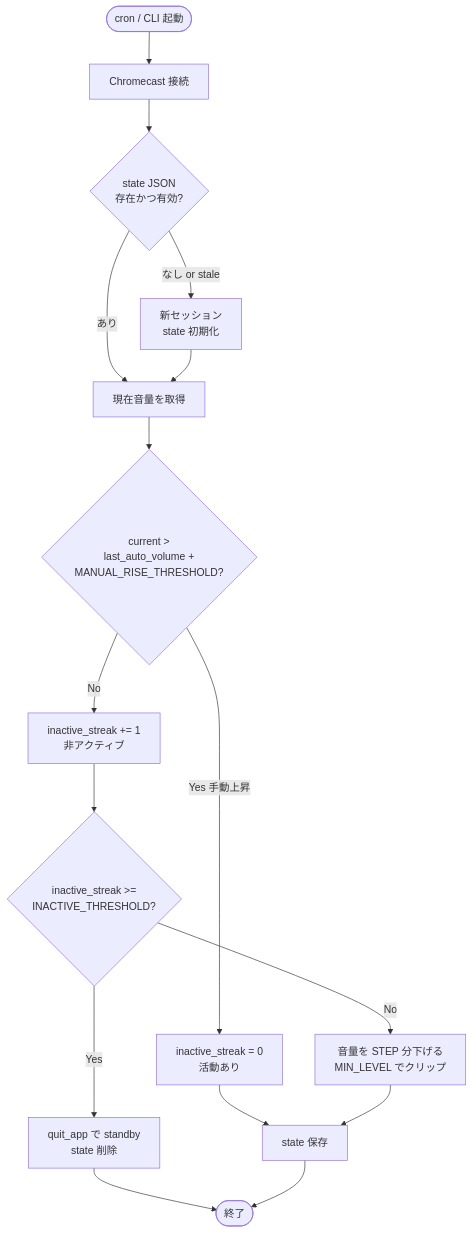
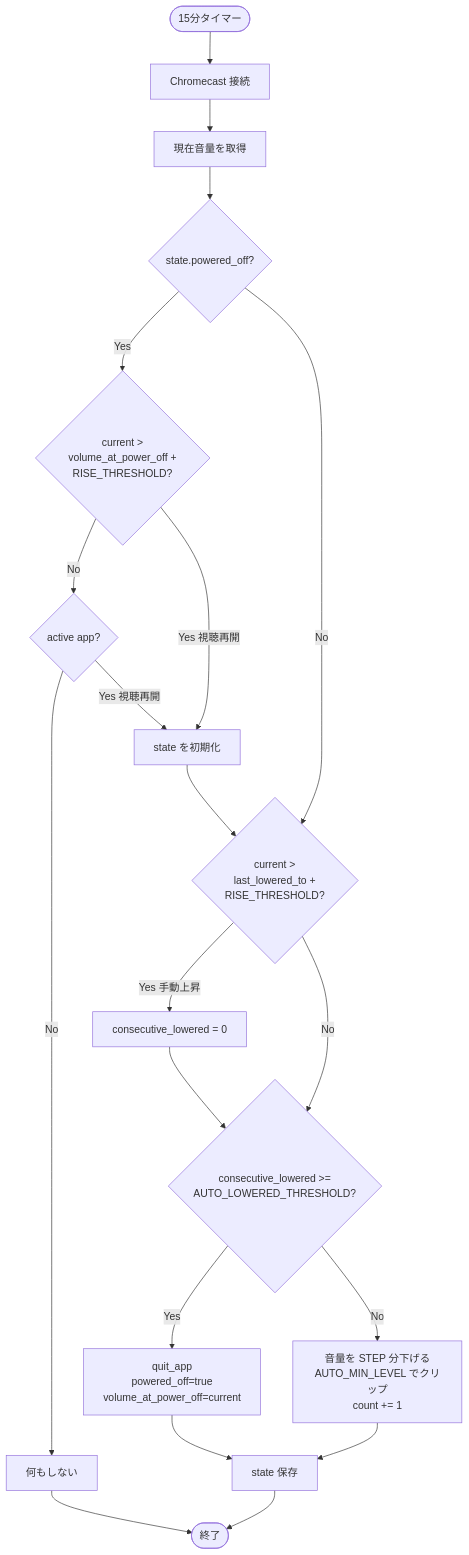
Before and after one commit to noricha-vr/nemucast: the diagram in README.md, drawn with Mermaid. The commit also changed other lines of this file and 18 other files, not shown here.

First line of the commit message:
feat: 寝かしつけを nemucast-auto / nemucast-standby に統一し、mDNS 5353 衝突による cron 停止を解消 (#27)

````diff
--- a/README.md
+++ b/README.md
@@ -107,18 +114,22 @@
 ```mermaid
 flowchart TD
-    Start([cron / CLI 起動]) --> Connect[Chromecast 接続]
-    Connect --> LoadState{state JSON<br/>存在かつ有効?}
-    LoadState -->|なし or stale| NewSession[新セッション<br/>state 初期化]
-    LoadState -->|あり| CheckVolume[現在音量を取得]
-    NewSession --> CheckVolume
-    CheckVolume --> Manual{current &gt;<br/>last_auto_volume +<br/>MANUAL_RISE_THRESHOLD?}
-    Manual -->|Yes 手動上昇| Reset[inactive_streak = 0<br/>活動あり]
-    Manual -->|No| Increment[inactive_streak += 1<br/>非アクティブ]
-    Reset --> SaveState[state 保存]
-    Increment --> Threshold{inactive_streak &gt;=<br/>INACTIVE_THRESHOLD?}
-    Threshold -->|Yes| Standby[quit_app で standby<br/>state 削除]
-    Threshold -->|No| LowerVol[音量を STEP 分下げる<br/>MIN_LEVEL でクリップ]
-    LowerVol --> SaveState
-    Standby --> End([終了])
-    SaveState --> End
+    Start([15分タイマー]) --> Connect[Chromecast 接続]
+    Connect --> CurVol[現在音量を取得]
+    CurVol --> PoweredOff{state.powered_off?}
+    PoweredOff -->|Yes| Risen{current &gt;<br/>volume_at_power_off +<br/>RISE_THRESHOLD?}
+    Risen -->|No| ActiveApp{active app?}
+    ActiveApp -->|No| Skip[何もしない]
+    ActiveApp -->|Yes 視聴再開| Reset1[state を初期化]
+    Risen -->|Yes 視聴再開| Reset1[state を初期化]
+    Reset1 --> ManualCheck
+    PoweredOff -->|No| ManualCheck{current &gt;<br/>last_lowered_to +<br/>RISE_THRESHOLD?}
+    ManualCheck -->|Yes 手動上昇| ResetCount[consecutive_lowered = 0]
+    ManualCheck -->|No| Threshold
+    ResetCount --> Threshold{consecutive_lowered &gt;=<br/>AUTO_LOWERED_THRESHOLD?}
+    Threshold -->|Yes| Standby[quit_app<br/>powered_off=true<br/>volume_at_power_off=current]
+    Threshold -->|No| LowerVol[音量を STEP 分下げる<br/>AUTO_MIN_LEVEL でクリップ<br/>count += 1]
+    LowerVol --> SaveState[state 保存]
+    Standby --> SaveState
+    SaveState --> End([終了])
+    Skip --> End
 ```
````
